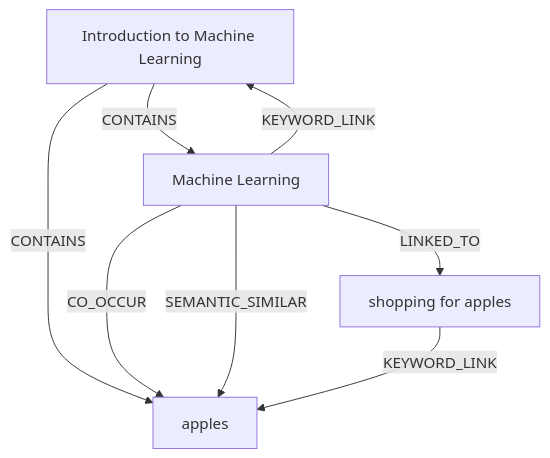
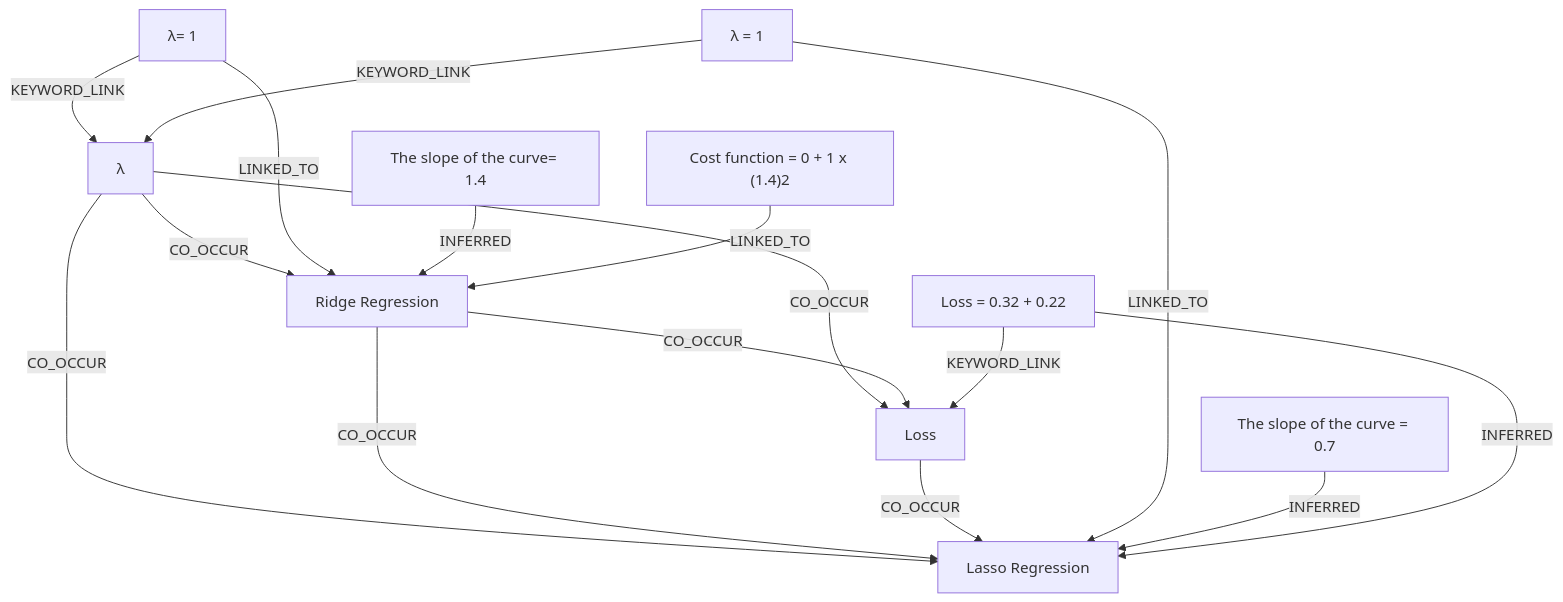
The diagram in AI_OS/Ontology/Ontology_Machine_Learning.md (ankit-sengupta05/cyborg), drawn with Mermaid before and after one commit. The commit also changed other lines of this file and 26 other files, not shown here.

````diff
--- a/AI_OS/Ontology/Ontology_Machine_Learning.md
+++ b/AI_OS/Ontology/Ontology_Machine_Learning.md
@@ -26,14 +26,28 @@
 ```mermaid
 graph TD
-    n0["shopping for apples"]
-    n1["Introduction to Machine Learning"]
-    n2["Machine Learning"]
-    n3["apples"]
-    n2 -->|KEYWORD_LINK| n1
-    n1 -->|CONTAINS| n2
-    n1 -->|CONTAINS| n3
-    n2 -->|CO_OCCUR| n3
-    n2 -->|SEMANTIC_SIMILAR| n3
+    n0["λ= 1"]
+    n1["Cost function = 0 + 1 x (1.4)2"]
+    n2["Loss = 0.32 + 0.22"]
+    n3["λ"]
+    n4["λ = 1"]
+    n5["Loss"]
+    n6["Ridge Regression"]
+    n7["The slope of the curve = 0.7"]
+    n8["The slope of the curve= 1.4"]
+    n9["Lasso Regression"]
+    n3 -->|CO_OCCUR| n6
+    n3 -->|CO_OCCUR| n5
+    n3 -->|CO_OCCUR| n9
+    n6 -->|CO_OCCUR| n5
+    n6 -->|CO_OCCUR| n9
+    n5 -->|CO_OCCUR| n9
     n0 -->|KEYWORD_LINK| n3
-    n2 -->|LINKED_TO| n0
+    n0 -->|LINKED_TO| n6
+    n4 -->|KEYWORD_LINK| n3
+    n4 -->|LINKED_TO| n9
+    n8 -->|INFERRED| n6
+    n7 -->|INFERRED| n9
+    n1 -->|LINKED_TO| n6
+    n2 -->|KEYWORD_LINK| n5
+    n2 -->|INFERRED| n9
 ```
````
